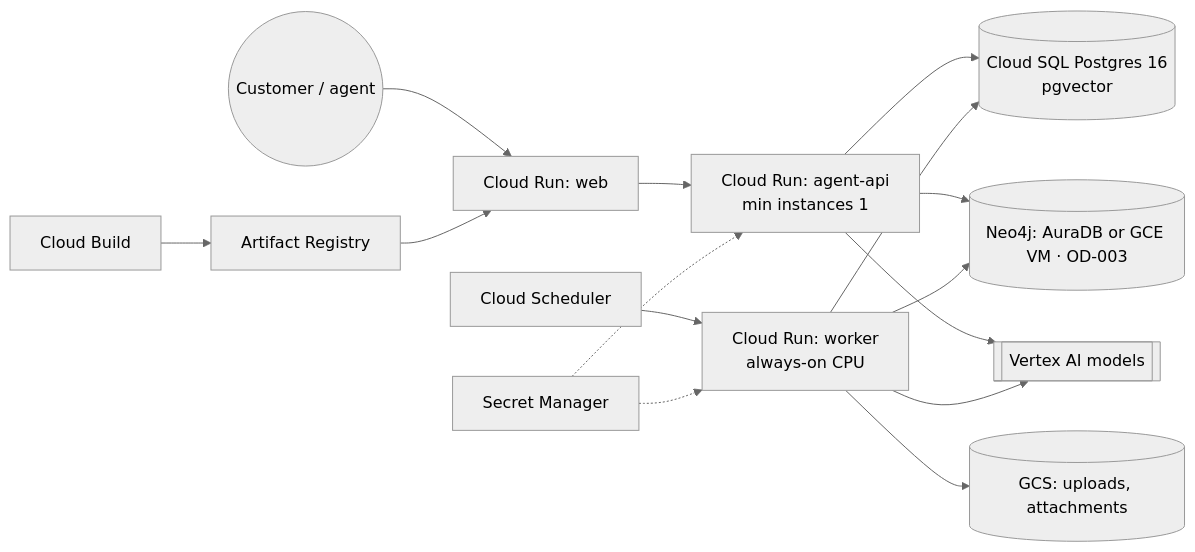
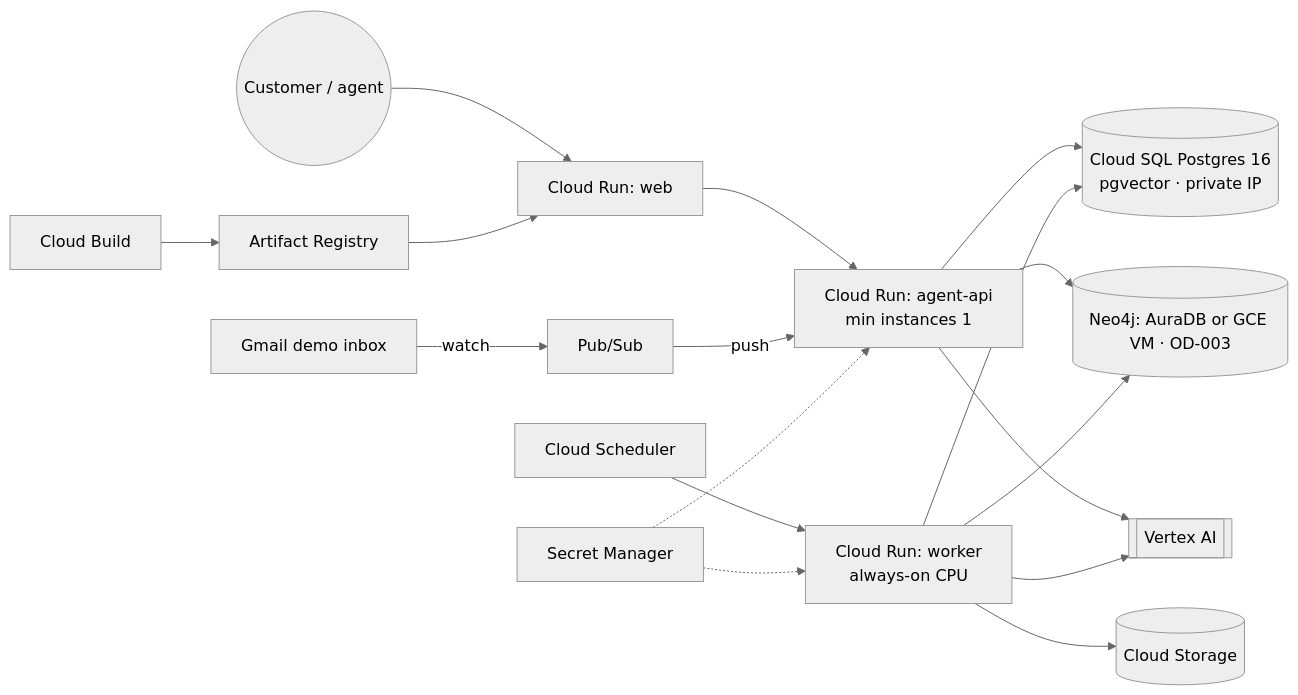
One commit to FreakForever/customer-service-poc changed the fifth of 5 diagrams in docs-src/hld.md. Above: the diagram before and after it, drawn with Mermaid (neutral theme). The commit also changed other lines of this file and 10 other files, not shown here.

````diff
--- a/docs-src/hld.md
+++ b/docs-src/hld.md
@@ -255,16 +261,17 @@
 ```mermaid
 flowchart LR
-  user((Customer / agent)) --> lb[Cloud Run: web]
-  lb --> apisvc[Cloud Run: agent-api<br/>min instances 1]
-  apisvc --> sql[(Cloud SQL Postgres 16<br/>pgvector)]
+  user((Customer / agent)) --> webr[Cloud Run: web]
+  webr --> apisvc[Cloud Run: agent-api<br/>min instances 1]
+  apisvc --> sql[(Cloud SQL Postgres 16<br/>pgvector · private IP)]
   apisvc --> neo[(Neo4j: AuraDB or GCE VM · OD-003)]
-  wk[Cloud Run: worker<br/>always-on CPU] --> sql
-  wk --> neo
-  wk --> gcs[(GCS: uploads, attachments)]
-  apisvc --> vtx[[Vertex AI models]]
-  wk --> vtx
-  sch[Cloud Scheduler] --> wk
+  wkr[Cloud Run: worker<br/>always-on CPU] --> sql
+  wkr --> neo
+  wkr --> gcs[(Cloud Storage)]
+  gm[Gmail demo inbox] -->|watch| ps[Pub/Sub] -->|push| apisvc
+  apisvc --> vtx[[Vertex AI]]
+  wkr --> vtx
+  sch[Cloud Scheduler] --> wkr
   sm[Secret Manager] -.-> apisvc
-  sm -.-> wk
-  cb[Cloud Build] --> ar[Artifact Registry] --> lb
+  sm -.-> wkr
+  cb[Cloud Build] --> ar[Artifact Registry] --> webr
 ```
````
